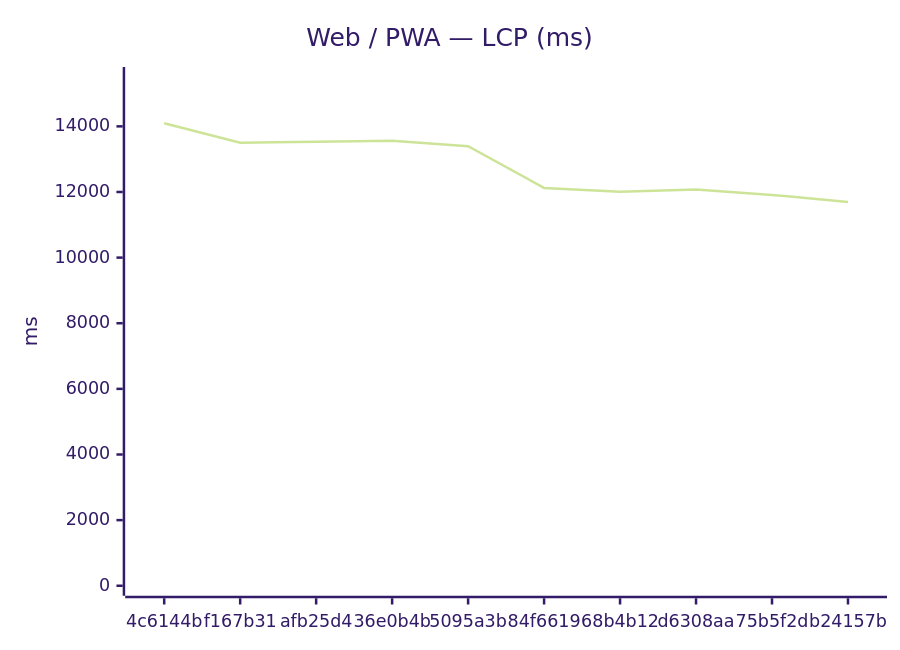
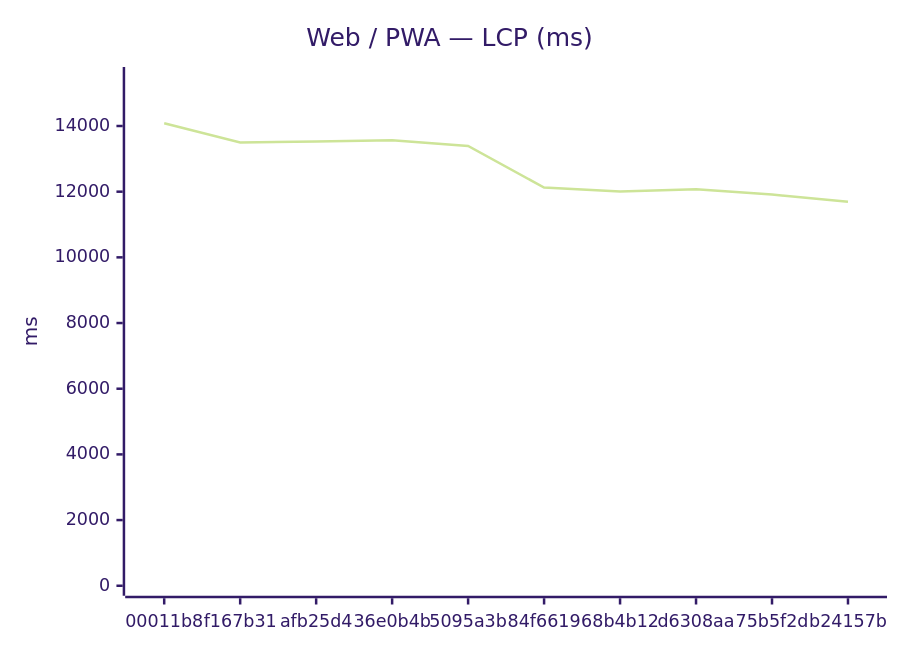
Before and after one commit to Metaheurist/Rianell: the first of 18 diagrams in benchmarks/compare.md, drawn with Mermaid (forest theme). The commit also changed other lines of this file and 11 other files, not shown here.

````diff
--- a/benchmarks/compare.md
+++ b/benchmarks/compare.md
@@ -24,7 +24,7 @@
 ```mermaid
 xychart-beta
     title "Web / PWA — LCP (ms)"
-    x-axis ["4c6144b", "f167b31", "afb25d4", "36e0b4b", "5095a3b", "84f6619", "68b4b12", "d6308aa", "75b5f2d", "b24157b"]
-    y-axis "ms" 0 --> 15504
-    line [14094, 13501, 13531, 13563, 13394, 12124, 12007, 12072, 11911, 11695]
+    x-axis ["00011b8", "f167b31", "afb25d4", "36e0b4b", "5095a3b", "84f6619", "68b4b12", "d6308aa", "75b5f2d", "b24157b"]
+    y-axis "ms" 0 --> 15492
+    line [14083, 13501, 13531, 13563, 13394, 12124, 12007, 12072, 11911, 11695]
 ```
````
